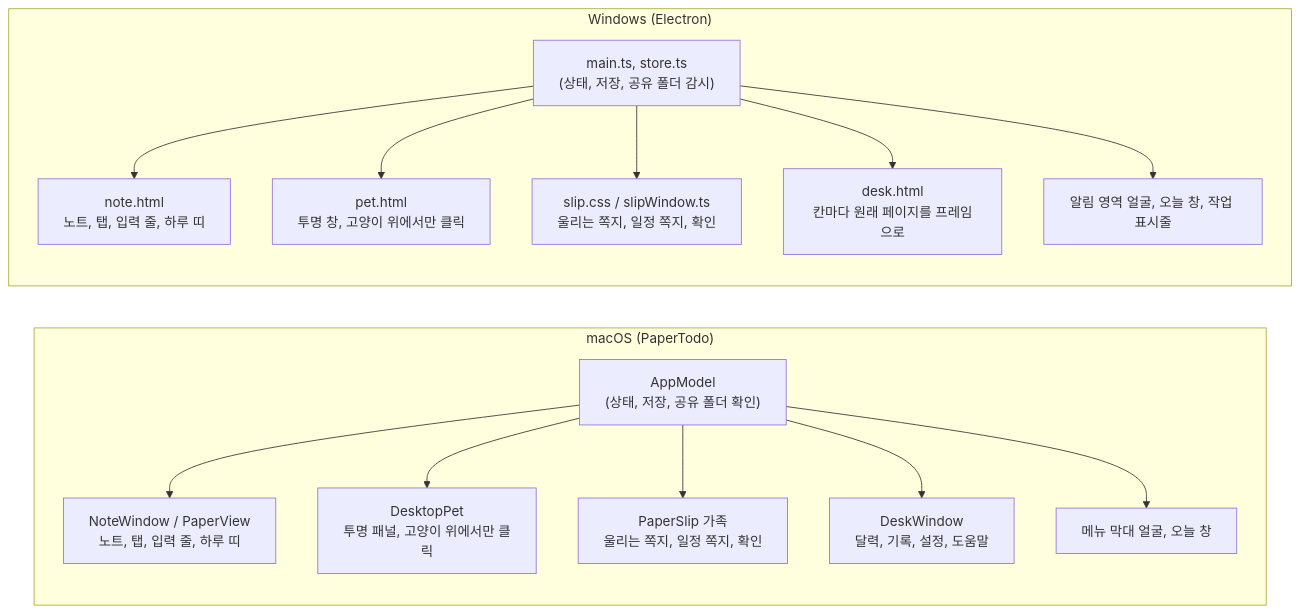
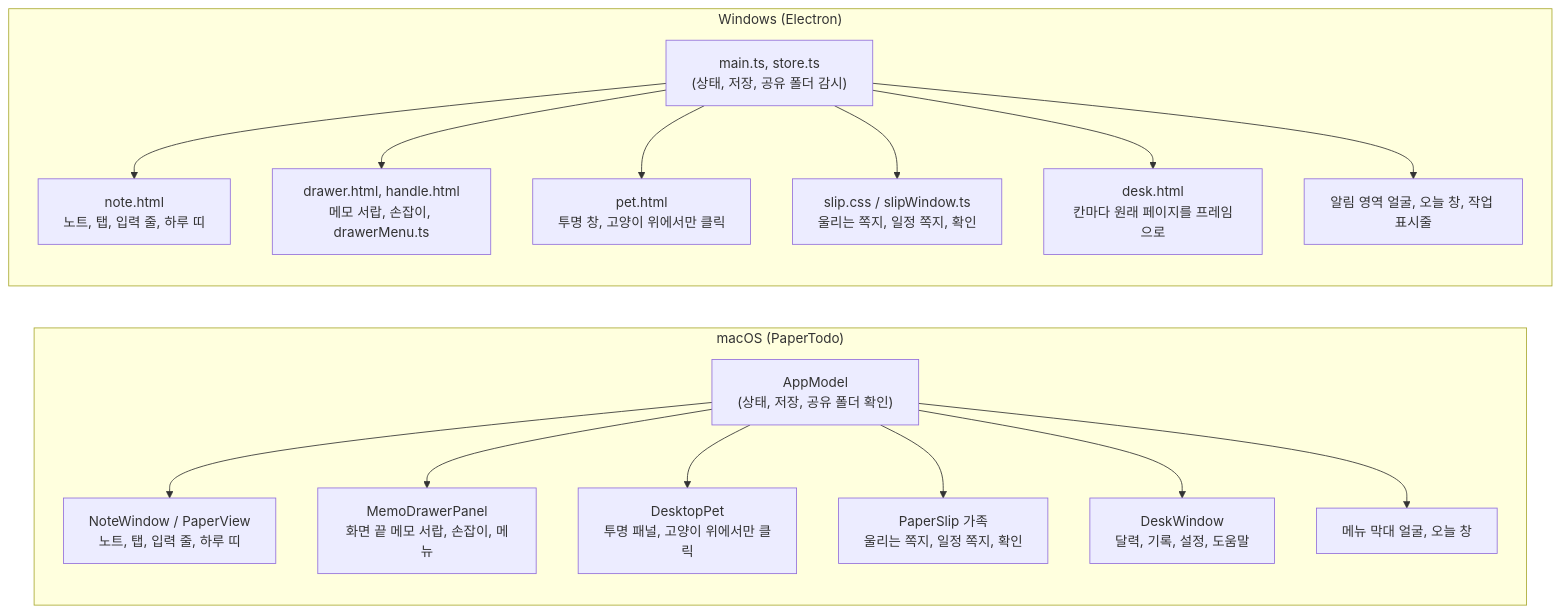
One commit to leeahwi/jongi-nyang-app changed the second of 5 diagrams in docs/architecture.md. Above: the diagram before and after it, drawn with Mermaid. The commit also changed other lines of this file and 223 other files, not shown here.

````diff
--- a/docs/architecture.md
+++ b/docs/architecture.md
@@ -69,23 +74,25 @@
 ```mermaid
 flowchart LR
     subgraph M["macOS (PaperTodo)"]
         direction TB
         AM["AppModel<br/>(상태, 저장, 공유 폴더 확인)"]
         NW["NoteWindow / PaperView<br/>노트, 탭, 입력 줄, 하루 띠"]
+        DRW["MemoDrawerPanel<br/>화면 끝 메모 서랍, 손잡이, 메뉴"]
         PET["DesktopPet<br/>투명 패널, 고양이 위에서만 클릭"]
         SLIP["PaperSlip 가족<br/>울리는 쪽지, 일정 쪽지, 확인"]
         DESK["DeskWindow<br/>달력, 기록, 설정, 도움말"]
         MB["메뉴 막대 얼굴, 오늘 창"]
-        AM --> NW & PET & SLIP & DESK & MB
+        AM --> NW & DRW & PET & SLIP & DESK & MB
     end
     subgraph W["Windows (Electron)"]
         direction TB
         MAIN["main.ts, store.ts<br/>(상태, 저장, 공유 폴더 감시)"]
         NOTE["note.html<br/>노트, 탭, 입력 줄, 하루 띠"]
+        WDRW["drawer.html, handle.html<br/>메모 서랍, 손잡이, drawerMenu.ts"]
         WPET["pet.html<br/>투명 창, 고양이 위에서만 클릭"]
         WSLIP["slip.css / slipWindow.ts<br/>울리는 쪽지, 일정 쪽지, 확인"]
         WDESK["desk.html<br/>칸마다 원래 페이지를 프레임으로"]
         TRAY["알림 영역 얼굴, 오늘 창, 작업 표시줄"]
-        MAIN --> NOTE & WPET & WSLIP & WDESK & TRAY
+        MAIN --> NOTE & WDRW & WPET & WSLIP & WDESK & TRAY
     end
 ```
````
